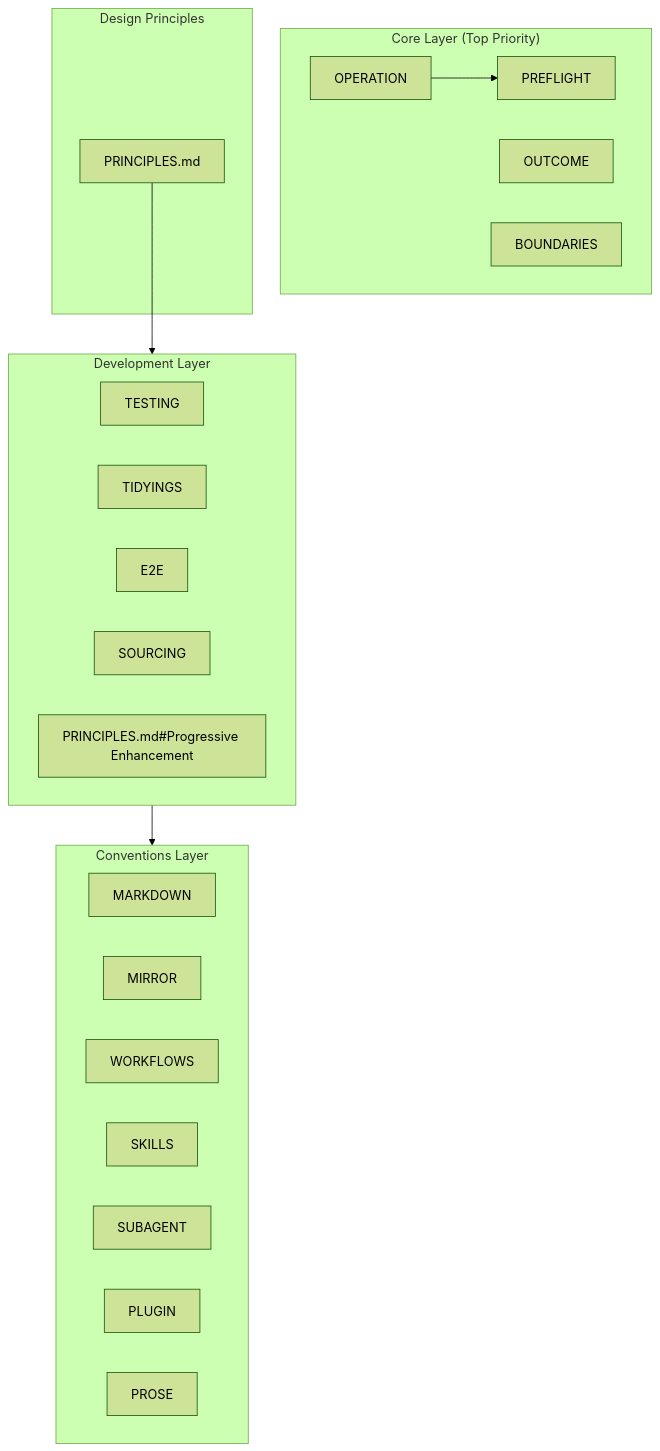
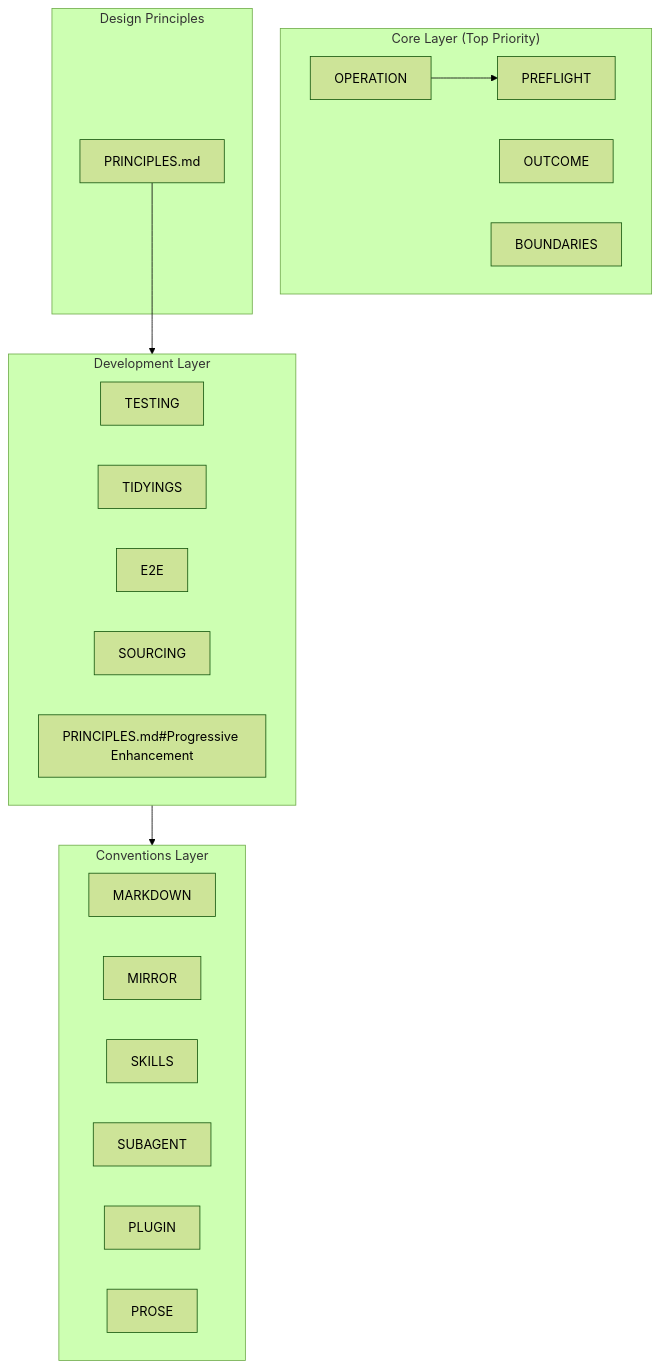
One commit to thkt/dotclaude changed the first of 2 diagrams in .ja/docs/DESIGN.md. Above: the diagram before and after it, drawn with Mermaid (forest theme). The commit also changed other lines of this file and 8 other files, not shown here.

````diff
--- a/.ja/docs/DESIGN.md
+++ b/.ja/docs/DESIGN.md
@@ -9,35 +9,34 @@
 ```mermaid
 graph TD
     subgraph Core["Core Layer (Top Priority)"]
         OPS[OPERATION]
         PFL[PREFLIGHT]
         OUT[OUTCOME]
         BND[BOUNDARIES]
     end
 
     subgraph Principles["Design Principles"]
         P[PRINCIPLES.md]
     end
 
     subgraph Development["Development Layer"]
         TEST[TESTING]
         TIDY[TIDYINGS]
         E2E[E2E]
         SRC[SOURCING]
         PROG[PRINCIPLES.md#Progressive Enhancement]
     end
 
     subgraph Conventions["Conventions Layer"]
         MD[MARKDOWN]
         MIR[MIRROR]
-        WF[WORKFLOWS]
         SKILL[SKILLS]
         SUB[SUBAGENT]
         PLUG[PLUGIN]
         PROSE[PROSE]
     end
 
     OPS --> PFL
     P --> Development
     Development --> Conventions
 ```
````
